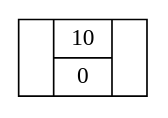
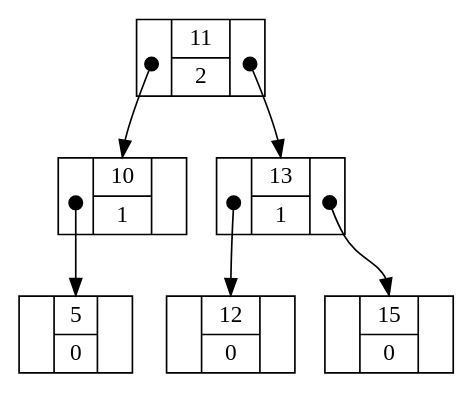
Before and after one commit to khenissimehdi/AVL: the diagram in Base/current-tree.dot, drawn with Graphviz. The commit also changed 11 other files, not shown here.

```diff
--- a/Base/current-tree.dot
+++ b/Base/current-tree.dot
@@ -1,7 +1,17 @@
 digraph tree {
   node [shape=record,height=.1]
   edge [tailclip=false, arrowtail=dot, dir=both];
 
-  n0x7f9c19405a20 [label="<left> |{ <value> 10 | <height> 0 }| <right>"];
+  n0x55c94276c300 [label="<left> |{ <value> 11 | <height> 2 }| <right>"];
+  n0x55c94276c300:left:c -> n0x55c94276c2a0:value;
+  n0x55c94276c2a0 [label="<left> |{ <value> 10 | <height> 1 }| <right>"];
+  n0x55c94276c2a0:left:c -> n0x55c94276c2c0:value;
+  n0x55c94276c2c0 [label="<left> |{ <value> 5 | <height> 0 }| <right>"];
+  n0x55c94276c300:right:c -> n0x55c94276c2e0:value;
+  n0x55c94276c2e0 [label="<left> |{ <value> 13 | <height> 1 }| <right>"];
+  n0x55c94276c2e0:left:c -> n0x55c94276c340:value;
+  n0x55c94276c340 [label="<left> |{ <value> 12 | <height> 0 }| <right>"];
+  n0x55c94276c2e0:right:c -> n0x55c94276c320:value;
+  n0x55c94276c320 [label="<left> |{ <value> 15 | <height> 0 }| <right>"];
 
 }
```
